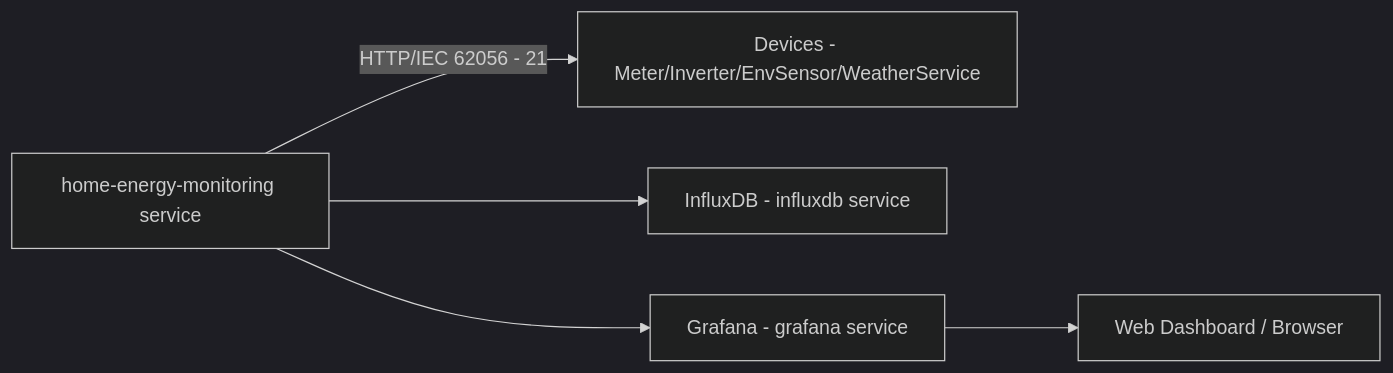
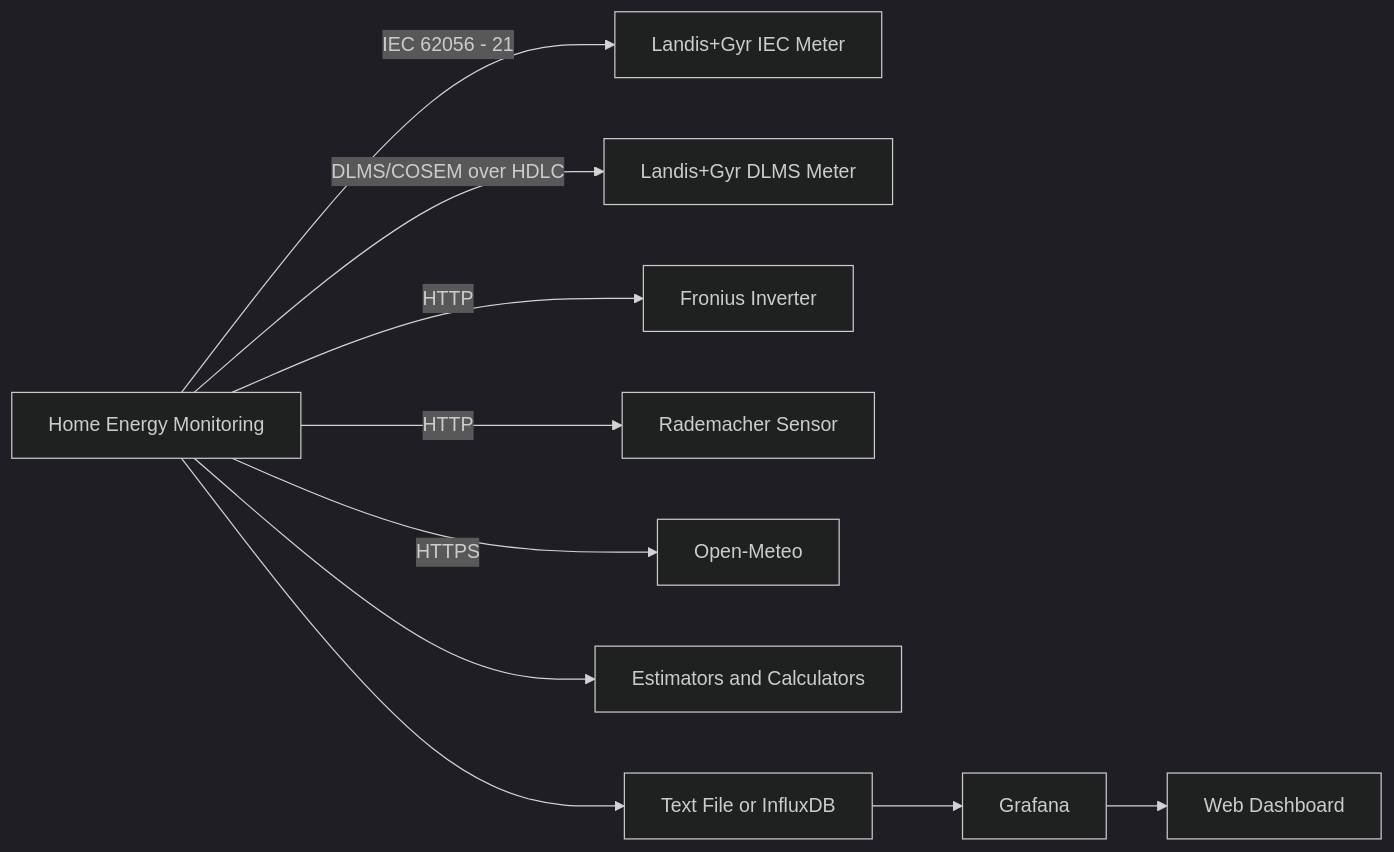
The diagram in README.md (ksw1984/home-energy-monitoring), drawn with Mermaid (dark theme) before and after one commit. The commit also changed other lines of this file, not shown here.

````diff
--- a/README.md
+++ b/README.md
@@ -50,7 +155,12 @@
 ```mermaid
 flowchart LR
-    Collector[home-energy-monitoring service] -->|HTTP/IEC 62056 - 21| S[Devices - Meter/Inverter/EnvSensor/WeatherService]
-    Collector --> Influx[InfluxDB - influxdb service]
-    Collector --> Grafana[Grafana - grafana service]
-    Grafana --> User[Web Dashboard / Browser]
+    Collector[Home Energy Monitoring] -->|IEC 62056 - 21| IEC[Landis+Gyr IEC Meter]
+    Collector -->|DLMS/COSEM over HDLC| DLMS[Landis+Gyr DLMS Meter]
+    Collector -->|HTTP| Fronius[Fronius Inverter]
+    Collector -->|HTTP| Rademacher[Rademacher Sensor]
+    Collector -->|HTTPS| Weather[Open-Meteo]
+    Collector --> Calculators[Estimators and Calculators]
+    Collector --> Storage[Text File or InfluxDB]
+    Storage --> Grafana[Grafana]
+    Grafana --> User[Web Dashboard]
 ```
````
